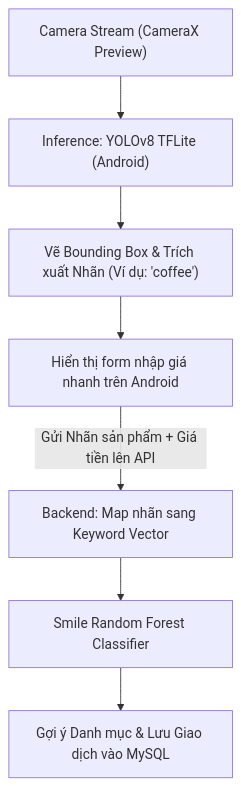
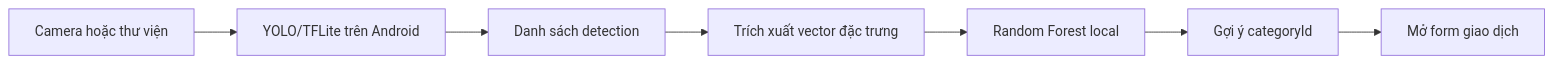
The second of 2 diagrams in docs/AI_PIPELINE.md (quang-star/finace-app), drawn with Mermaid before and after one commit. The commit also changed other lines of this file and 125 other files, not shown here.

Commit message:
Clean up demo flows and improve OCR handling

````diff
--- a/docs/AI_PIPELINE.md
+++ b/docs/AI_PIPELINE.md
@@ -61,9 +27,9 @@
 ```mermaid
-graph TD
-    A["Camera Stream (CameraX Preview)"] --> B["Inference: YOLOv8 TFLite (Android)"]
-    B --> C["Vẽ Bounding Box & Trích xuất Nhãn (Ví dụ: 'coffee')"]
-    C --> D["Hiển thị form nhập giá nhanh trên Android"]
-    D --> |"Gửi Nhãn sản phẩm + Giá tiền lên API"| E["Backend: Map nhãn sang Keyword Vector"]
-    E --> F["Smile Random Forest Classifier"]
-    F --> G["Gợi ý Danh mục & Lưu Giao dịch vào MySQL"]
+graph LR
+    A["Camera hoặc thư viện"] --> B["YOLO/TFLite trên Android"]
+    B --> C["Danh sách detection"]
+    C --> D["Trích xuất vector đặc trưng"]
+    D --> E["Random Forest local"]
+    E --> F["Gợi ý categoryId"]
+    F --> G["Mở form giao dịch"]
 ```
````
